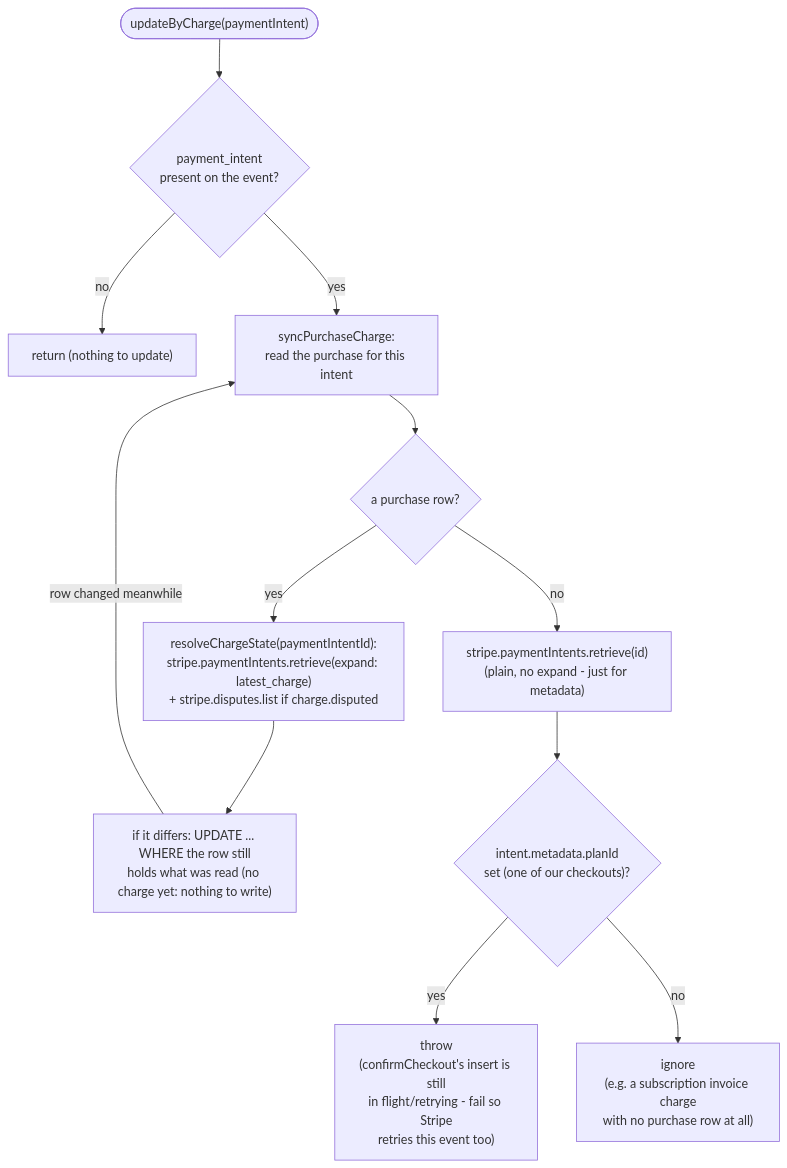
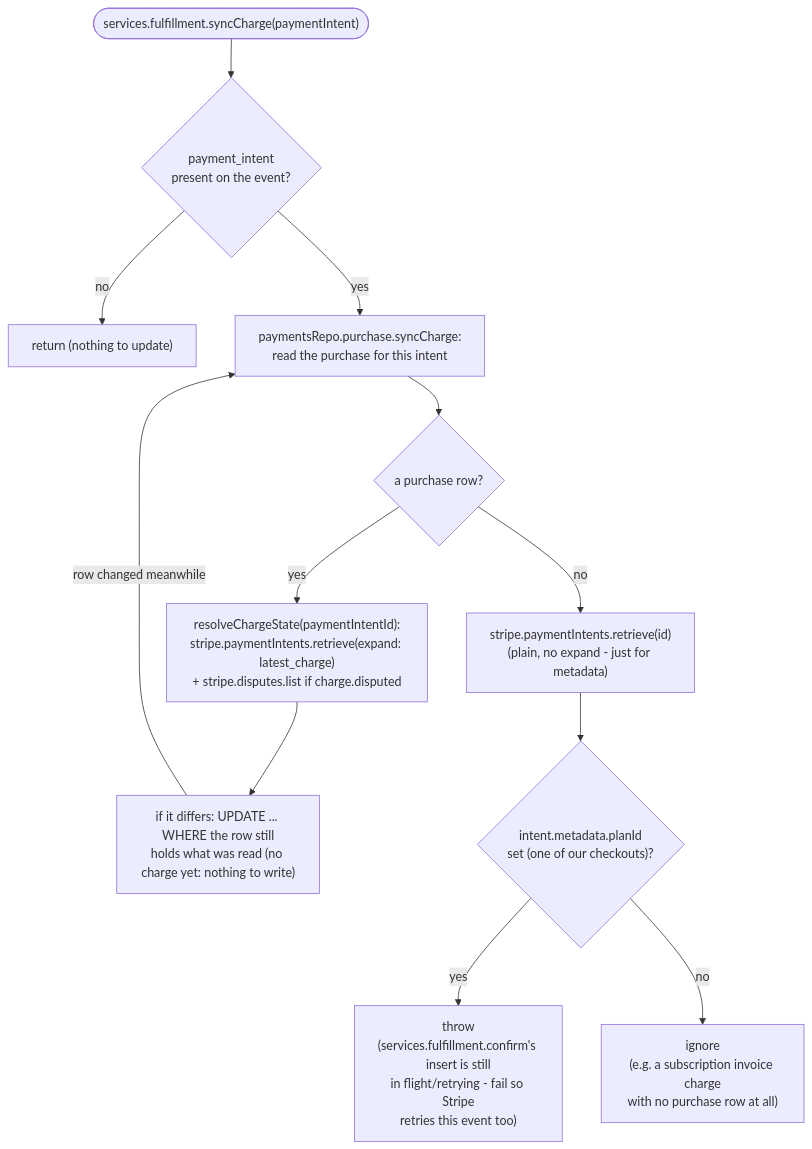
One commit to FranciscoAVD/backend changed the sixth of 9 diagrams in src/features/payments/CONTROL_FLOW.md. Above: the diagram before and after it, drawn with Mermaid. The commit also changed other lines of this file and 39 other files, not shown here.

First line of the commit message:
payments: split paymentsRepo into DB-only repo + paymentsServices for flows

````diff
--- a/src/features/payments/CONTROL_FLOW.md
+++ b/src/features/payments/CONTROL_FLOW.md
@@ -376,14 +388,14 @@
 ```mermaid
 flowchart TD
-    Start(["updateByCharge(paymentIntent)"]) --> HasId{"payment_intent\npresent on the event?"}
+    Start(["services.fulfillment.syncCharge(paymentIntent)"]) --> HasId{"payment_intent\npresent on the event?"}
     HasId -- no --> NoOp1["return (nothing to update)"]
-    HasId -- yes --> Read["syncPurchaseCharge:\nread the purchase for this intent"]
+    HasId -- yes --> Read["paymentsRepo.purchase.syncCharge:\nread the purchase for this intent"]
     Read --> Found{"a purchase row?"}
     Found -- yes --> Resolve["resolveChargeState(paymentIntentId):\nstripe.paymentIntents.retrieve(expand: latest_charge)\n+ stripe.disputes.list if charge.disputed"]
     Resolve --> Write["if it differs: UPDATE ... WHERE the row still\nholds what was read (no charge yet: nothing to write)"]
     Write -- "row changed meanwhile" --> Read
     Found -- no --> Retrieve["stripe.paymentIntents.retrieve(id)\n(plain, no expand - just for metadata)"]
     Retrieve --> OursButMissing{"intent.metadata.planId\nset (one of our checkouts)?"}
-    OursButMissing -- yes --> Throw["throw\n(confirmCheckout's insert is still\nin flight/retrying - fail so Stripe\nretries this event too)"]
+    OursButMissing -- yes --> Throw["throw\n(services.fulfillment.confirm's insert is still\nin flight/retrying - fail so Stripe\nretries this event too)"]
     OursButMissing -- no --> Ignore["ignore\n(e.g. a subscription invoice charge\nwith no purchase row at all)"]
 ```
````
